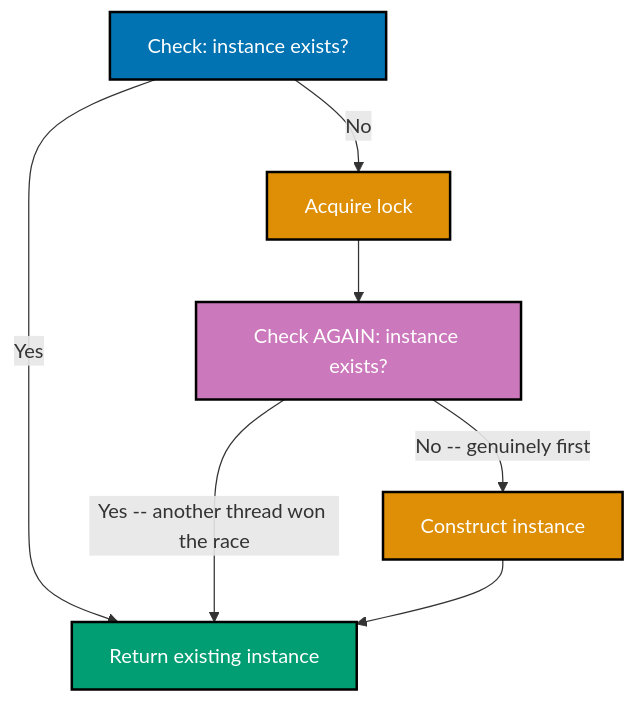
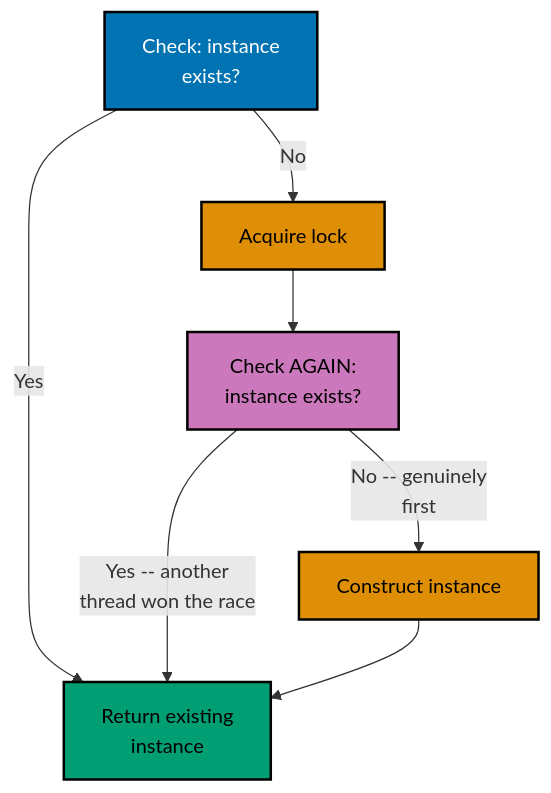
The first of 15 diagrams in apps/ayokoding-www/content/en/learn/courses/concurrency-and-parallelism/learning/advanced.md (wahidyankf/ose-public), drawn with Mermaid before and after one commit. The commit also changed other lines of this file and 144 other files, not shown here.

First line of the commit message:
fix(mermaid): bring the first half of the courses diagrams onto the accessible palette

````diff
--- a/apps/ayokoding-www/content/en/learn/courses/concurrency-and-parallelism/learning/advanced.md
+++ b/apps/ayokoding-www/content/en/learn/courses/concurrency-and-parallelism/learning/advanced.md
@@ -277,15 +277,18 @@
 ```mermaid
 %% Color Palette: Blue #0173B2, Orange #DE8F05, Teal #029E73, Purple #CC78BC
 flowchart TD
-    A["Check: instance exists?"]:::blue -->|"No"| B["Acquire lock"]:::orange
-    A -->|"Yes"| F["Return existing instance"]:::teal
-    B --> C["Check AGAIN: instance exists?"]:::purple
-    C -->|"No -- genuinely first"| D["Construct instance"]:::orange
-    C -->|"Yes -- another thread won the race"| F
+    accTitle: Example 60: Double-Checked Locking -- A Lazily-Built Singleton, Safe Under Contention
+    accDescr: Flowchart with 5 nodes and 6 connections. Nodes: Check: instance exists?, Acquire lock, Return existing instance, Check AGAIN: instance exists?, Construct instance. Connections: Check: instance exists? to Acquire lock (No), Check: instance exists? to Return existing instance (Yes), Acquire lock to Check AGAIN: instance exists?, Check AGAIN: instance exists? to Construct instance (No -- genuinely first), Check AGAIN: instance exists? to Return existing instance (Yes -- another thread won the race), Construct instance to Return existing instance.
+    A["Check: instance<br/>exists?"]:::blue -->|"No"| B["Acquire lock"]:::orange
+    A -->|"Yes"| F["Return existing<br/>instance"]:::teal
+    B --> C["Check AGAIN:<br/>instance exists?"]:::purple
+    C -->|"No -- genuinely<br/>first"| D["Construct instance"]:::orange
+    C -->|"Yes -- another<br/>thread won the race"| F
     D --> F
 
     classDef blue fill:#0173B2,stroke:#000000,color:#FFFFFF,stroke-width:2px
-    classDef orange fill:#DE8F05,stroke:#000000,color:#FFFFFF,stroke-width:2px
-    classDef teal fill:#029E73,stroke:#000000,color:#FFFFFF,stroke-width:2px
-    classDef purple fill:#CC78BC,stroke:#000000,color:#FFFFFF,stroke-width:2px
+    classDef orange fill:#DE8F05,stroke:#000000,color:#000000,stroke-width:2px
+    classDef teal fill:#029E73,stroke:#000000,color:#000000,stroke-width:2px
+    classDef purple fill:#CC78BC,stroke:#000000,color:#000000,stroke-width:2px
+    classDef default fill:#FFFFFF,stroke:#000000,color:#000000
 ```
````
